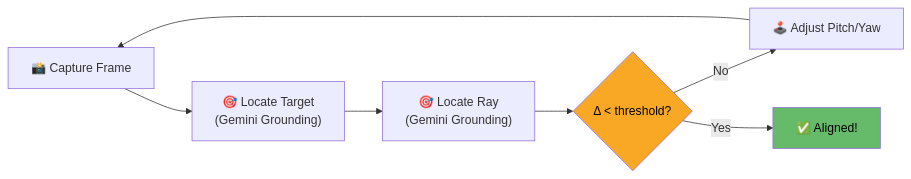
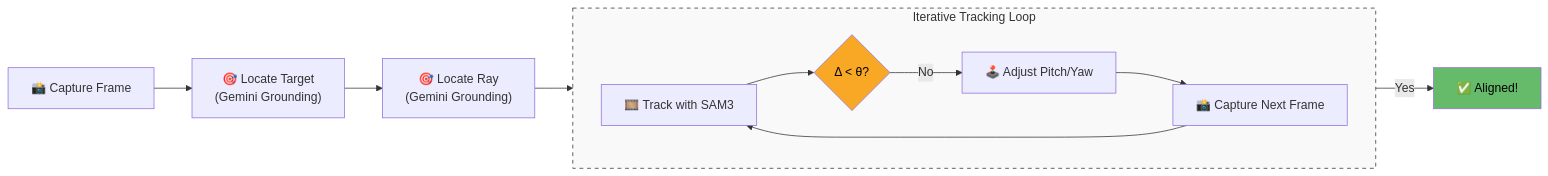
One commit to ar-zadeh/GEMINI_Comp_VR changed the second of 2 diagrams in OpenEye/README.md. Above: the diagram before and after it, drawn with Mermaid. The commit also changed other lines of this file, not shown here.

Commit message:
Update: Readme mermaid to correctly show the servoing process

````diff
--- a/OpenEye/README.md
+++ b/OpenEye/README.md
@@ -415,12 +415,20 @@
 ```mermaid
 flowchart LR
     A["📸 Capture Frame"] --> B["🎯 Locate Target<br>(Gemini Grounding)"]
     B --> C["🎯 Locate Ray<br>(Gemini Grounding)"]
-    C --> D{"Δ < threshold?"}
-    D -- No --> E["🕹️ Adjust Pitch/Yaw"]
-    E --> A
-    D -- Yes --> F["✅ Aligned!"]
+    
+    subgraph TrackingLoop ["Iterative Tracking Loop"]
+        direction LR
+        G["🎞️ Track with SAM3"] --> D{"Δ < θ?"}
+        D -- "No" --> E["🕹️ Adjust Pitch/Yaw"]
+        E --> H["📸 Capture Next Frame"]
+        H --> G
+    end
+
+    C --> G
+    D -- "Yes" --> F["✅ Aligned!"]
 
     style D fill:#f9a825,color:#000
     style F fill:#66bb6a,color:#000
+    style TrackingLoop fill:#f9f9f9,stroke:#333,stroke-dasharray: 5 5
 ```
````
